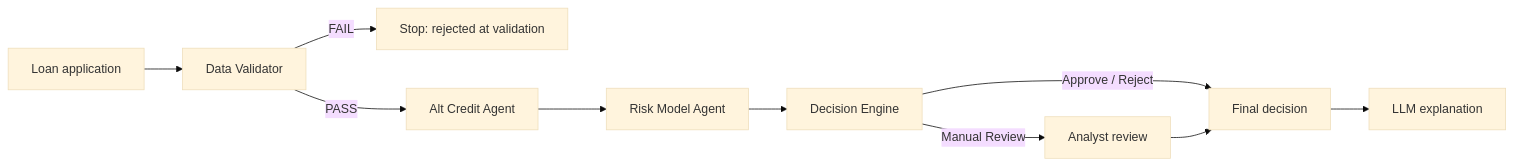
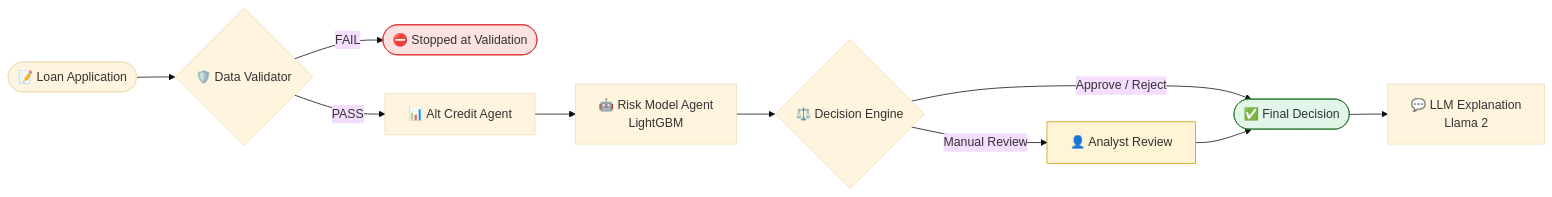
Before and after one commit to anmolisb/CR: the diagram in README.md, drawn with Mermaid (base theme). The commit also changed other lines of this file, not shown here.

````diff
--- a/README.md
+++ b/README.md
@@ -11,12 +35,16 @@
 ```mermaid
 flowchart LR
-    A[Loan application] --> B[Data Validator]
-    B -- FAIL --> X[Stop: rejected at validation]
-    B -- PASS --> C[Alt Credit Agent]
-    C --> D[Risk Model Agent]
-    D --> E[Decision Engine]
-    E -- Approve / Reject --> F[Final decision]
-    E -- Manual Review --> H[Analyst review]
+    A([📝 Loan Application]) --> B{🛡️ Data Validator}
+    B -- FAIL --> X([⛔ Stopped at Validation])
+    B -- PASS --> C[📊 Alt Credit Agent]
+    C --> D[🤖 Risk Model Agent<br/>LightGBM]
+    D --> E{⚖️ Decision Engine}
+    E -- Approve / Reject --> F([✅ Final Decision])
+    E -- Manual Review --> H[👤 Analyst Review]
     H --> F
-    F --> G[LLM explanation]
+    F --> G[💬 LLM Explanation<br/>Llama 2]
+
+    style X fill:#fde2e2,stroke:#d33
+    style F fill:#e2f5e9,stroke:#2e7d32
+    style H fill:#fff4d6,stroke:#c99a00
 ```
````
